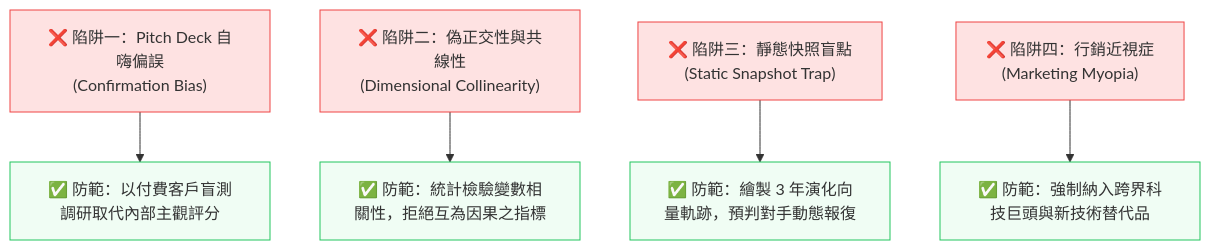
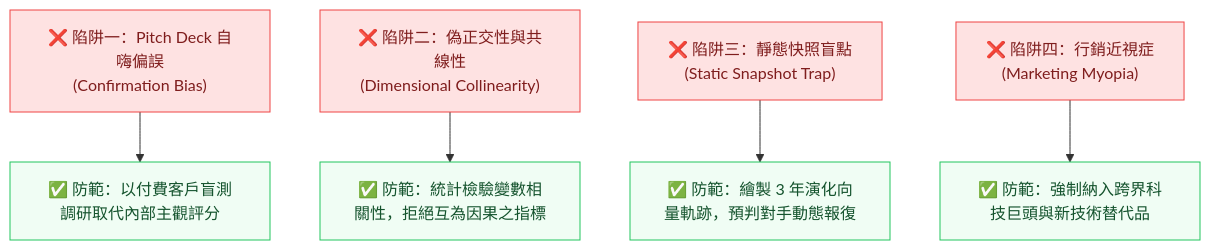
The eighth of 8 diagrams in src/site/notes/98_商業概念庫/competitive-matrix_競爭矩陣.md (Jimlin0428/my-digital-garden), drawn with Mermaid before and after one commit. The commit also changed other lines of this file and 99 other files, not shown here.

````diff
--- a/src/site/notes/98_商業概念庫/competitive-matrix_競爭矩陣.md
+++ b/src/site/notes/98_商業概念庫/competitive-matrix_競爭矩陣.md
@@ -340,16 +340,16 @@
 ```mermaid
 flowchart TD
     Pitfall1["❌ 陷阱一：Pitch Deck 自嗨偏誤<br>(Confirmation Bias)"] --> Sol1["✅ 防範：以付費客戶盲測調研取代內部主觀評分"]
     Pitfall2["❌ 陷阱二：偽正交性與共線性<br>(Dimensional Collinearity)"] --> Sol2["✅ 防範：統計檢驗變數相關性，拒絕互為因果之指標"]
     Pitfall3["❌ 陷阱三：靜態快照盲點<br>(Static Snapshot Trap)"] --> Sol3["✅ 防範：繪製 3 年演化向量軌跡，預判對手動態報復"]
     Pitfall4["❌ 陷阱四：行銷近視症<br>(Marketing Myopia)"] --> Sol4["✅ 防範：強制納入跨界科技巨頭與新技術替代品"]
 
-    style Pitfall1 fill:#fee2e2,stroke:#ef4444,stroke-width:1px
-    style Pitfall2 fill:#fee2e2,stroke:#ef4444,stroke-width:1px
-    style Pitfall3 fill:#fee2e2,stroke:#ef4444,stroke-width:1px
-    style Pitfall4 fill:#fee2e2,stroke:#ef4444,stroke-width:1px
-    style Sol1 fill:#f0fdf4,stroke:#22c55e,stroke-width:1px
-    style Sol2 fill:#f0fdf4,stroke:#22c55e,stroke-width:1px
-    style Sol3 fill:#f0fdf4,stroke:#22c55e,stroke-width:1px
-    style Sol4 fill:#f0fdf4,stroke:#22c55e,stroke-width:1px
+    style Pitfall1 fill:#fee2e2,stroke:#ef4444,stroke-width:1px,color:#7f1d1d
+    style Pitfall2 fill:#fee2e2,stroke:#ef4444,stroke-width:1px,color:#7f1d1d
+    style Pitfall3 fill:#fee2e2,stroke:#ef4444,stroke-width:1px,color:#7f1d1d
+    style Pitfall4 fill:#fee2e2,stroke:#ef4444,stroke-width:1px,color:#7f1d1d
+    style Sol1 fill:#f0fdf4,stroke:#22c55e,stroke-width:1px,color:#14532d
+    style Sol2 fill:#f0fdf4,stroke:#22c55e,stroke-width:1px,color:#14532d
+    style Sol3 fill:#f0fdf4,stroke:#22c55e,stroke-width:1px,color:#14532d
+    style Sol4 fill:#f0fdf4,stroke:#22c55e,stroke-width:1px,color:#14532d
 ```
````
